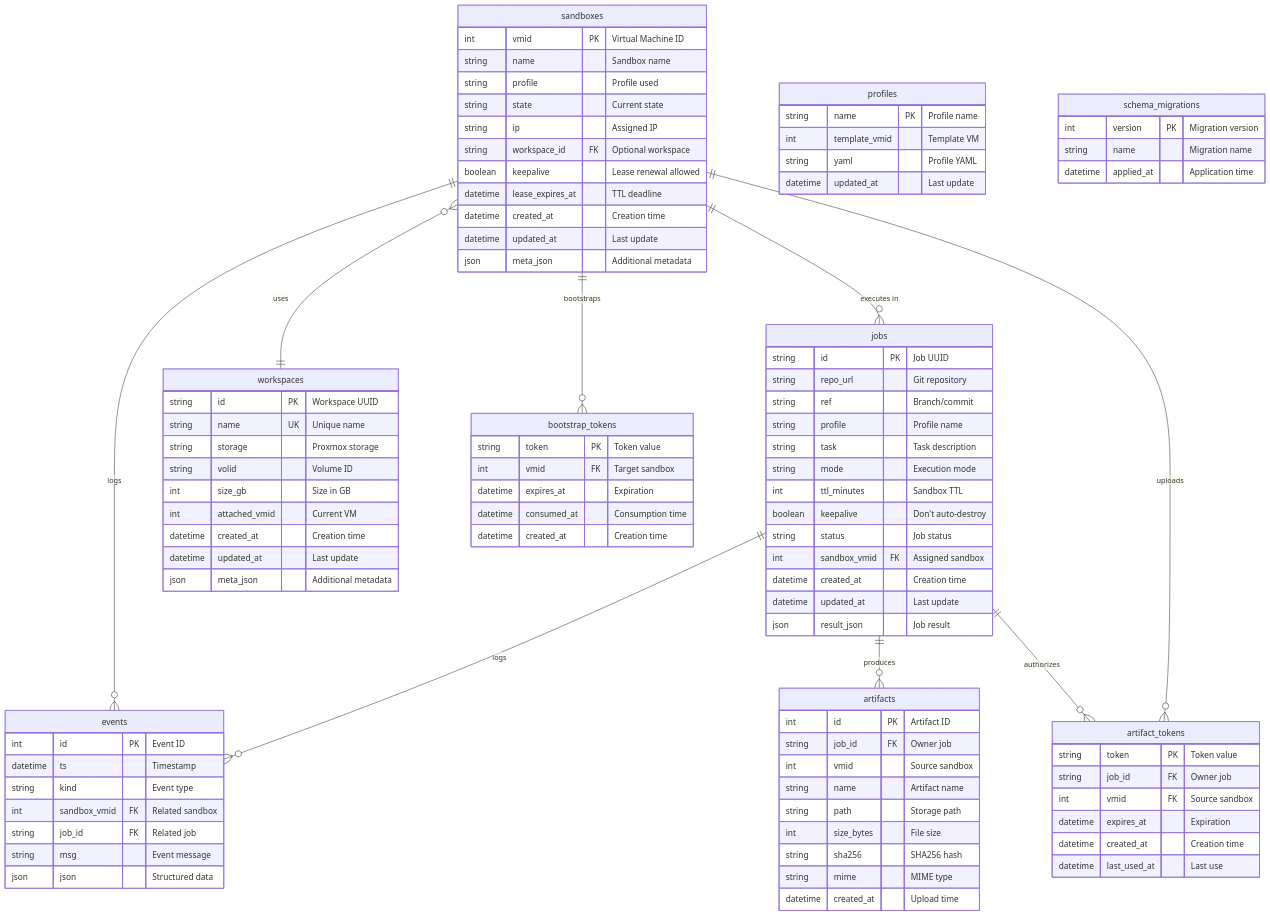
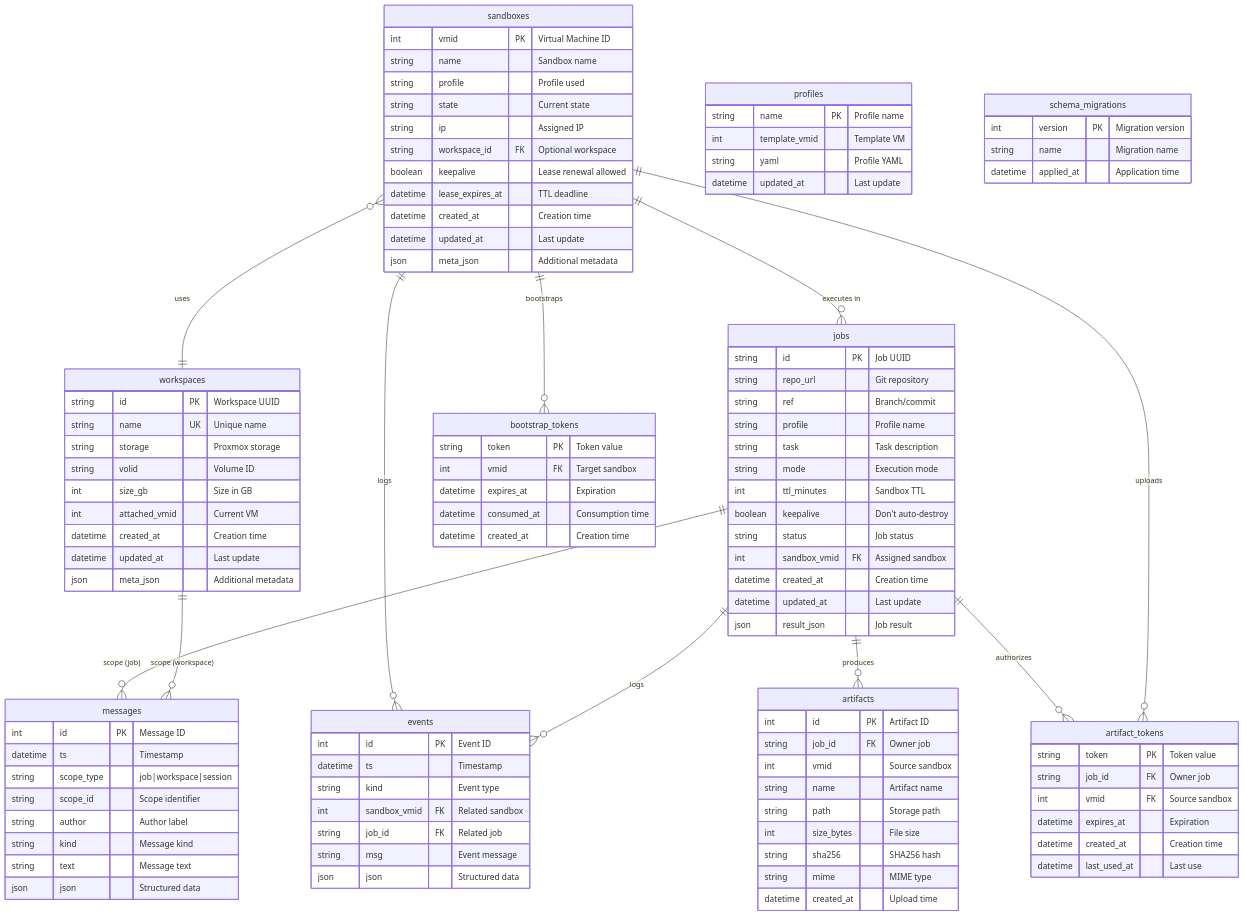
One commit to nibzard/agentlab changed the fifth of 7 diagrams in docs/architecture.md. Above: the diagram before and after it, drawn with Mermaid. The commit also changed other lines of this file and 12 other files, not shown here.

```diff
--- a/docs/architecture.md
+++ b/docs/architecture.md
@@ -395,6 +395,8 @@
 erDiagram
     sandboxes ||--o{ jobs : "executes in"
     sandboxes ||--o{ events : "logs"
+    jobs ||--o{ messages : "scope (job)"
+    workspaces ||--o{ messages : "scope (workspace)"
     sandboxes }o--|| workspaces : "uses"
     jobs ||--o{ events : "logs"
     jobs ||--o{ artifacts : "produces"
@@ -454,6 +456,17 @@
         json json "Structured data"
     }
 
+    messages {
+        int id PK "Message ID"
+        datetime ts "Timestamp"
+        string scope_type "job|workspace|session"
+        string scope_id "Scope identifier"
+        string author "Author label"
+        string kind "Message kind"
+        string text "Message text"
+        json json "Structured data"
+    }
+
     artifacts {
         int id PK "Artifact ID"
         string job_id FK "Owner job"
```
